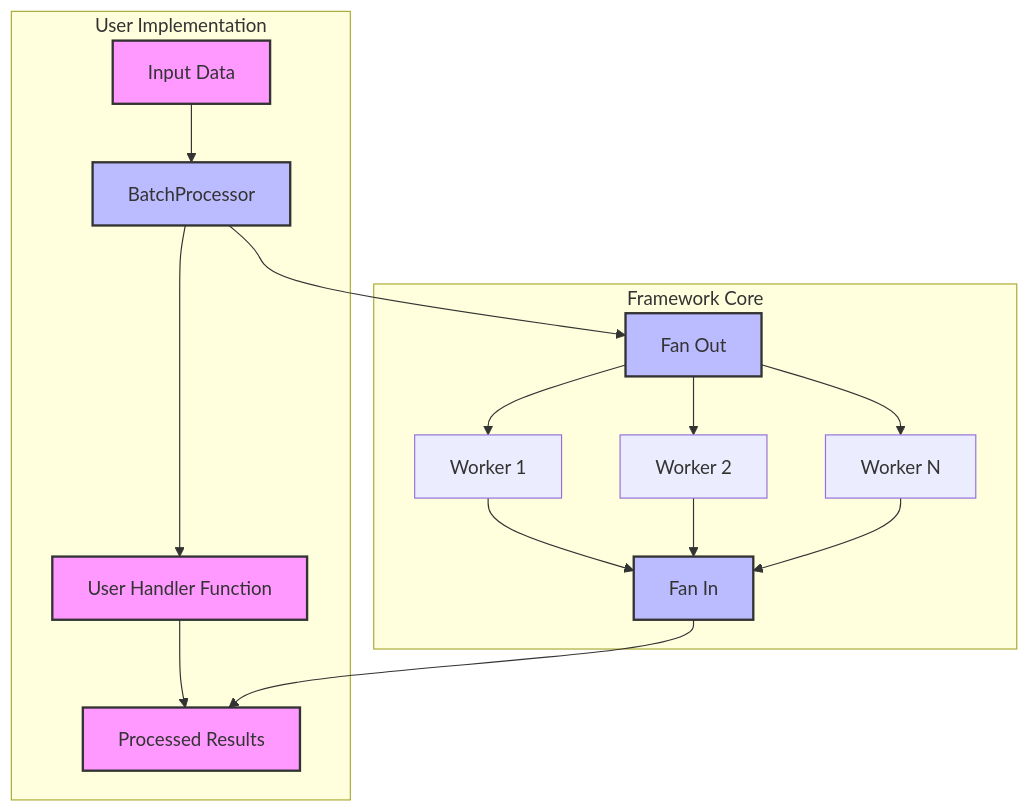
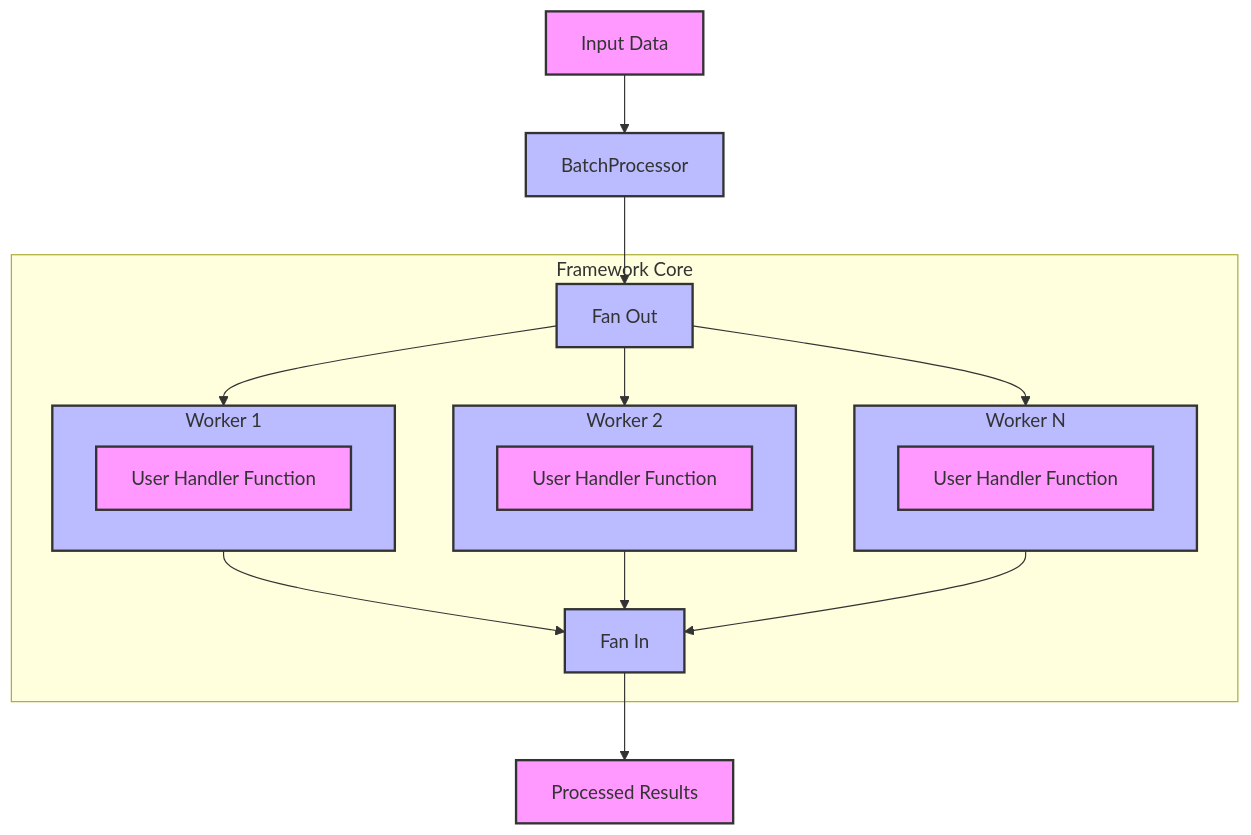
One commit to boycs007/easy-fan changed the diagram in README.md. Above: the diagram before and after it, drawn with Mermaid.

Commit message:
update graph

````diff
--- a/README.md
+++ b/README.md
@@ -7,26 +7,33 @@
 ```mermaid
 graph TD
-    subgraph User Implementation
-        A[Input Data] --> B[BatchProcessor]
-        B --> C[User Handler Function]
-        C --> D[Processed Results]
-    end
+    
+    A[Input Data] --> B[BatchProcessor]
+    D[Processed Results]
 
     subgraph Framework Core
-        B --> E[Fan Out]
-        E --> F1[Worker 1]
-        E --> F2[Worker 2]
-        E --> F3[Worker N]
+        E[Fan Out]
+        subgraph F1[Worker 1]
+        		C1[User Handler Function]
+        end
+        subgraph F2[Worker 2]
+        		C2[User Handler Function]
+        end
+        subgraph F3[Worker N]
+        		C3[User Handler Function]
+        end
+        E --> F1
+        E --> F2
+        E --> F3
         F1 --> G[Fan In]
         F2 --> G
         F3 --> G
-        G --> D
     end
-
-    style A fill:#f9f,stroke:#333,stroke-width:2px
-    style C fill:#f9f,stroke:#333,stroke-width:2px
-    style D fill:#f9f,stroke:#333,stroke-width:2px
-    style B fill:#bbf,stroke:#333,stroke-width:2px
-    style E fill:#bbf,stroke:#333,stroke-width:2px
-    style G fill:#bbf,stroke:#333,stroke-width:2px
+    B --> E
+    G --> D
+    
+    classDef user fill:#f9f,stroke:#333,stroke-width:2px
+    classDef frame fill:#bbf,stroke:#333,stroke-width:2px
+    
+    class A,D,C1,C2,C3 user;
+    class B,E,G,F1,F2,F3 frame;
 ```
````
